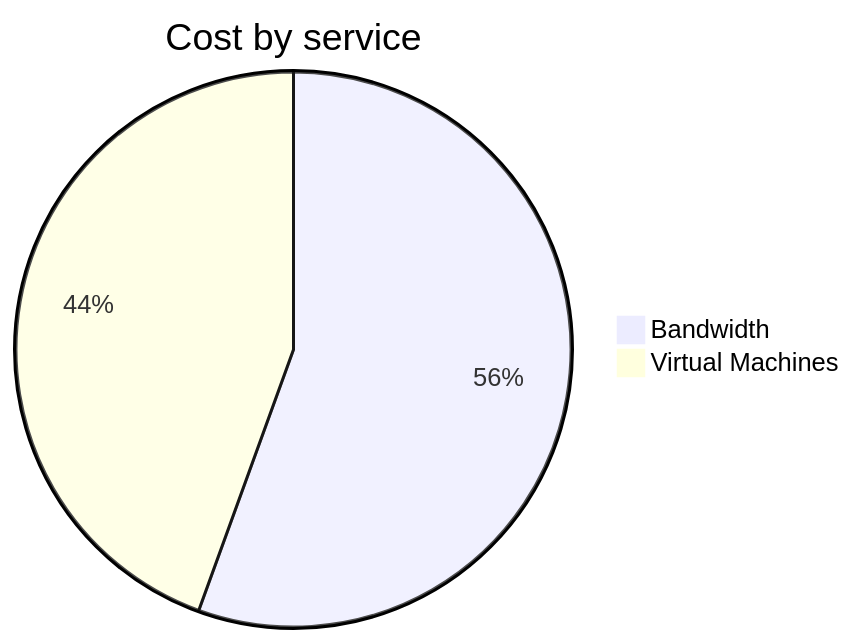
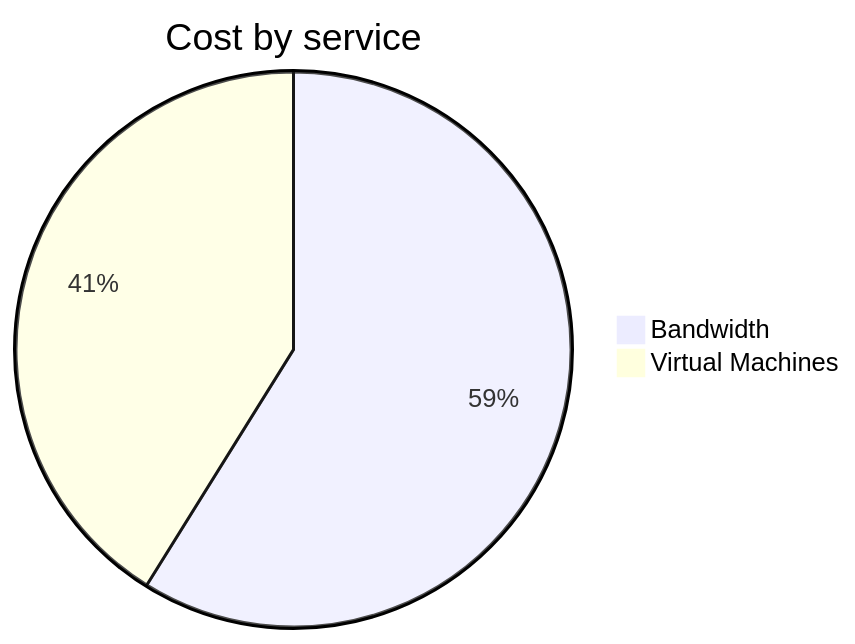
The second of 4 diagrams in cost-reports/personal-network/vpn-server.md (jpfulton/azure-personal-reports), drawn with Mermaid before and after one commit. The commit also changed other lines of this file and 8 other files, not shown here.

````diff
--- a/cost-reports/personal-network/vpn-server.md
+++ b/cost-reports/personal-network/vpn-server.md
@@ -96,6 +96,6 @@
 ```mermaid
 pie
    title Cost by service
-   "Bandwidth" : 4.91
-   "Virtual Machines" : 3.93
+   "Bandwidth" : 5.91
+   "Virtual Machines" : 4.13
 ```
````
